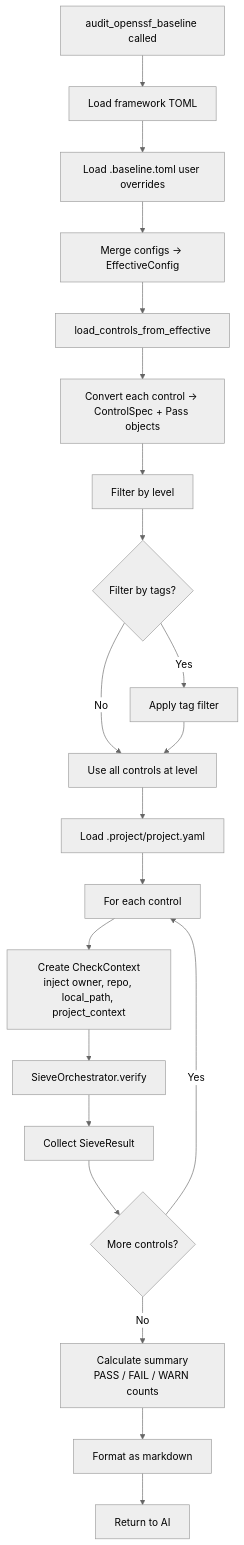
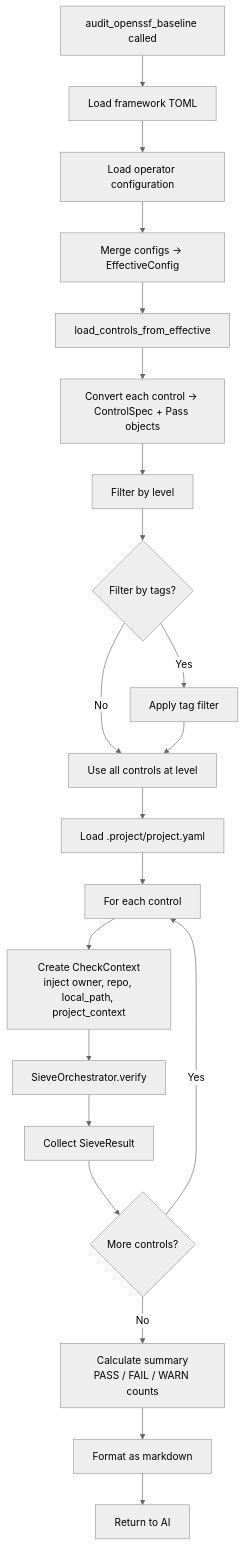
The second of 6 diagrams in docs/WORKFLOW.md (DYNOSuprovo/darnit), drawn with Mermaid (neutral theme) before and after one commit. The commit also changed other lines of this file and 86 other files, not shown here.

First line of the commit message:
feat!: stop reading a repository's .baseline.toml (#556)

````diff
--- a/docs/WORKFLOW.md
+++ b/docs/WORKFLOW.md
@@ -47,25 +47,25 @@
 ```mermaid
 flowchart TD
     A[audit_openssf_baseline called] --> B[Load framework TOML]
-    B --> C[Load .baseline.toml user overrides]
+    B --> C[Load operator configuration]
     C --> D[Merge configs → EffectiveConfig]
     D --> E[load_controls_from_effective]
     E --> F[Convert each control → ControlSpec + Pass objects]
     F --> G[Filter by level]
     G --> H{Filter by tags?}
     H -->|Yes| I[Apply tag filter]
     H -->|No| J[Use all controls at level]
     I --> J
 
     J --> K[Load .project/project.yaml]
     K --> L["For each control"]
 
     L --> M[Create CheckContext<br/>inject owner, repo, local_path, project_context]
     M --> N[SieveOrchestrator.verify]
     N --> O[Collect SieveResult]
     O --> P{More controls?}
     P -->|Yes| L
     P -->|No| Q[Calculate summary<br/>PASS / FAIL / WARN counts]
     Q --> R[Format as markdown]
     R --> S[Return to AI]
 ```
````
